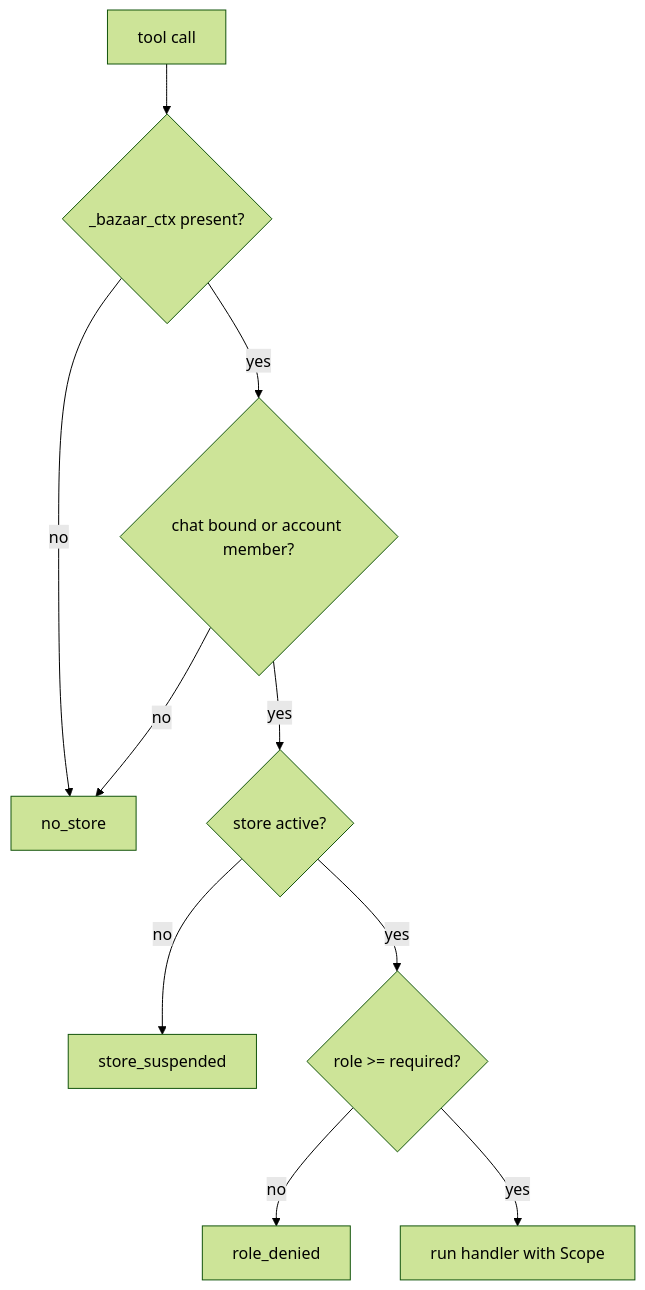
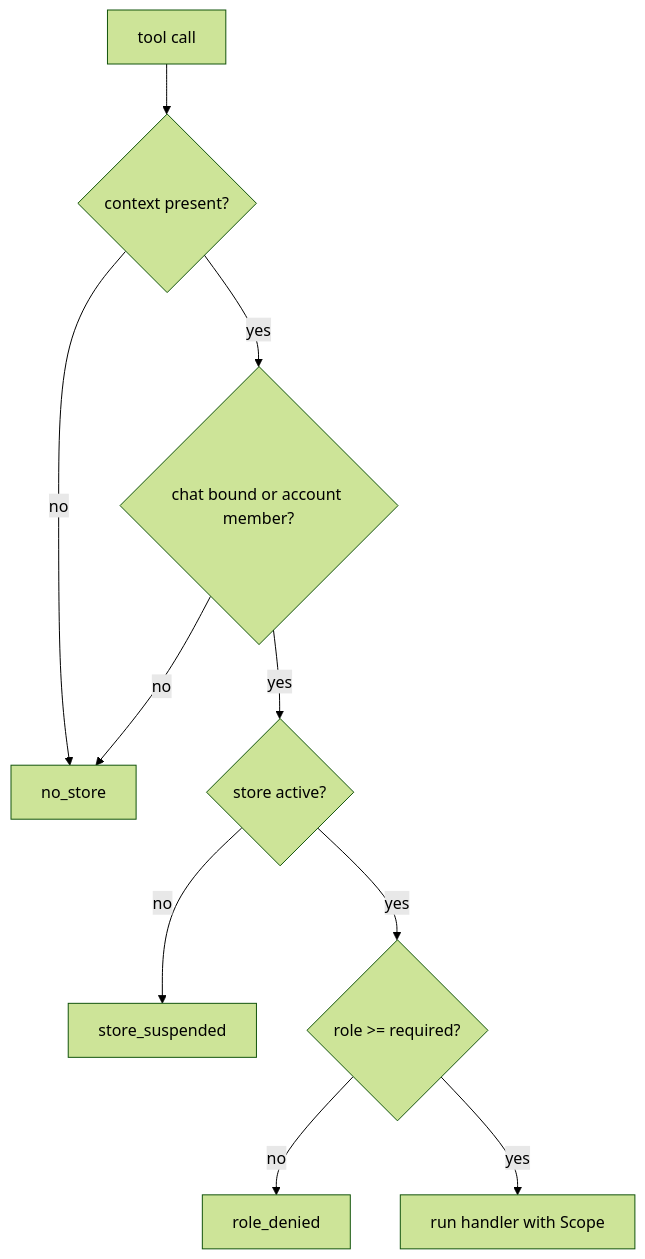
The third of 3 diagrams in docs/adr/0001-authorization-at-the-channel-hop.md (danielistyo/mini-bazaar), drawn with Mermaid (forest theme) before and after one commit. The commit also changed other lines of this file and 10 other files, not shown here.

````diff
--- a/docs/adr/0001-authorization-at-the-channel-hop.md
+++ b/docs/adr/0001-authorization-at-the-channel-hop.md
@@ -93,12 +93,12 @@
 ```mermaid
 flowchart TD
-    A["tool call"] --> B{"_bazaar_ctx present?"}
+    A["tool call"] --> B{"context present?"}
     B -->|no| E1["no_store"]
     B -->|yes| C{"chat bound or account member?"}
     C -->|no| E1
     C -->|yes| D{"store active?"}
     D -->|no| E2["store_suspended"]
     D -->|yes| F{"role >= required?"}
     F -->|no| E3["role_denied"]
     F -->|yes| G["run handler with Scope"]
 ```
````
